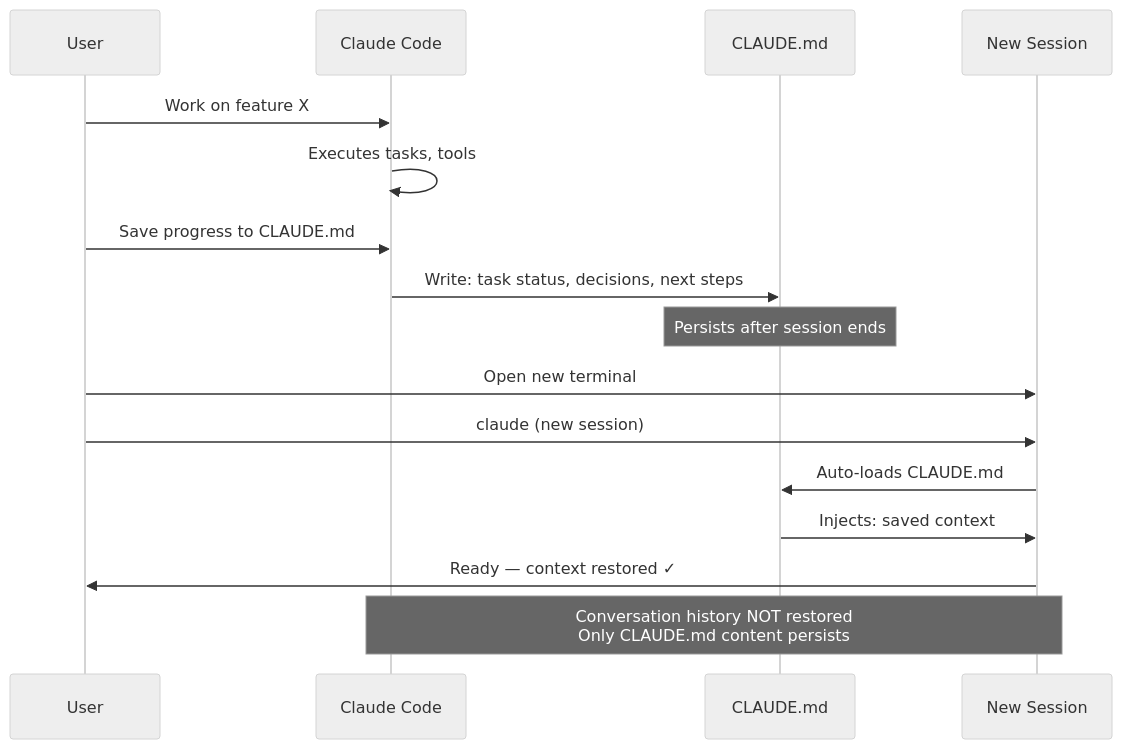
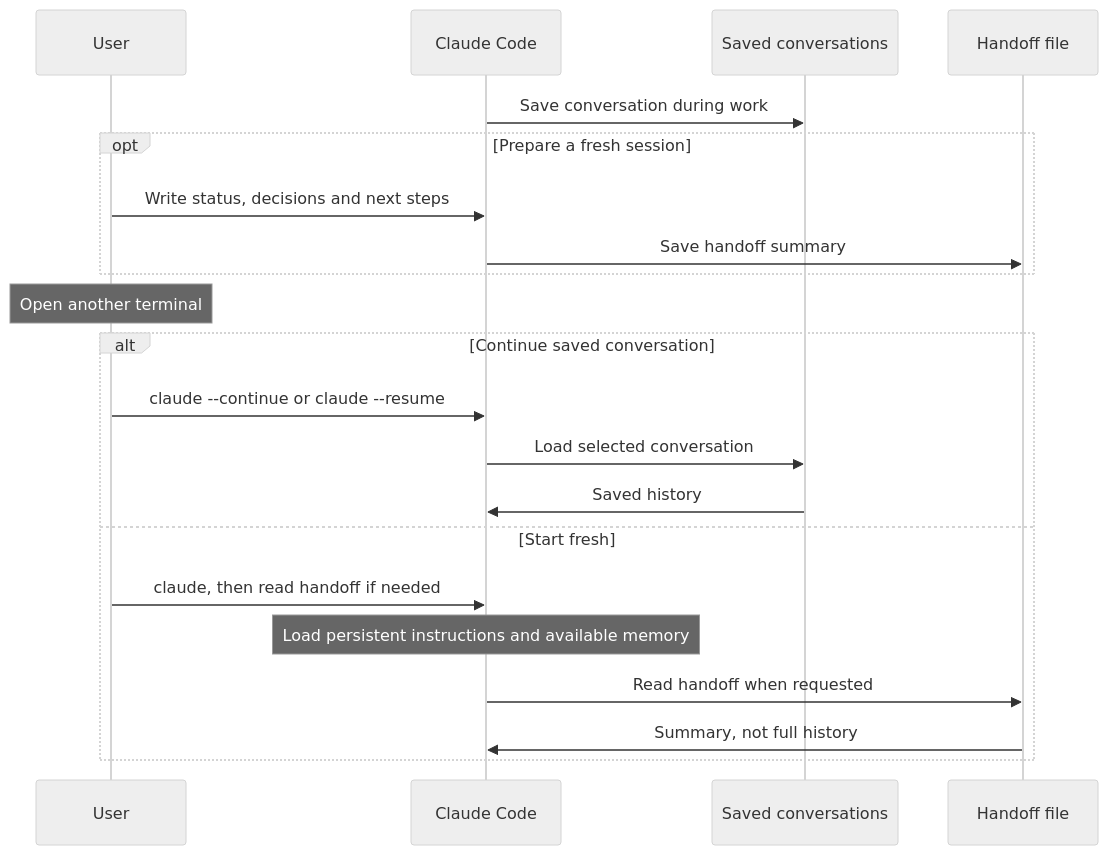
The third of 4 diagrams in guide/diagrams/02-context-and-sessions.md (FlorianBruniaux/claude-code-ultimate-guide), drawn with Mermaid (neutral theme) before and after one commit. The commit also changed other lines of this file and 17 other files, not shown here.

Commit message:
docs: refresh all diagrams and correct their source guidance

````diff
--- a/guide/diagrams/02-context-and-sessions.md
+++ b/guide/diagrams/02-context-and-sessions.md
@@ -165,21 +112,23 @@
 ```mermaid
 sequenceDiagram
     participant U as User
     participant CC as Claude Code
-    participant CM as CLAUDE.md
-    participant NI as New Session
-
-    U->>CC: Work on feature X
-    CC->>CC: Executes tasks, tools
-    U->>CC: Save progress to CLAUDE.md
-    CC->>CM: Write: task status, decisions, next steps
-    Note over CM: Persists after session ends
-
-    U->>NI: Open new terminal
-    U->>NI: claude (new session)
-    NI->>CM: Auto-loads CLAUDE.md
-    CM->>NI: Injects: saved context
-    NI->>U: Ready — context restored ✓
-
-    Note over CC,NI: Conversation history NOT restored<br/>Only CLAUDE.md content persists
+    participant STORE as Saved conversations
+    participant FILE as Handoff file
+    CC->>STORE: Save conversation during work
+    opt Prepare a fresh session
+        U->>CC: Write status, decisions and next steps
+        CC->>FILE: Save handoff summary
+    end
+    Note over U: Open another terminal
+    alt Continue saved conversation
+        U->>CC: claude --continue or claude --resume
+        CC->>STORE: Load selected conversation
+        STORE->>CC: Saved history
+    else Start fresh
+        U->>CC: claude, then read handoff if needed
+        Note over CC: Load persistent instructions and available memory
+        CC->>FILE: Read handoff when requested
+        FILE->>CC: Summary, not full history
+    end
 ```
````
